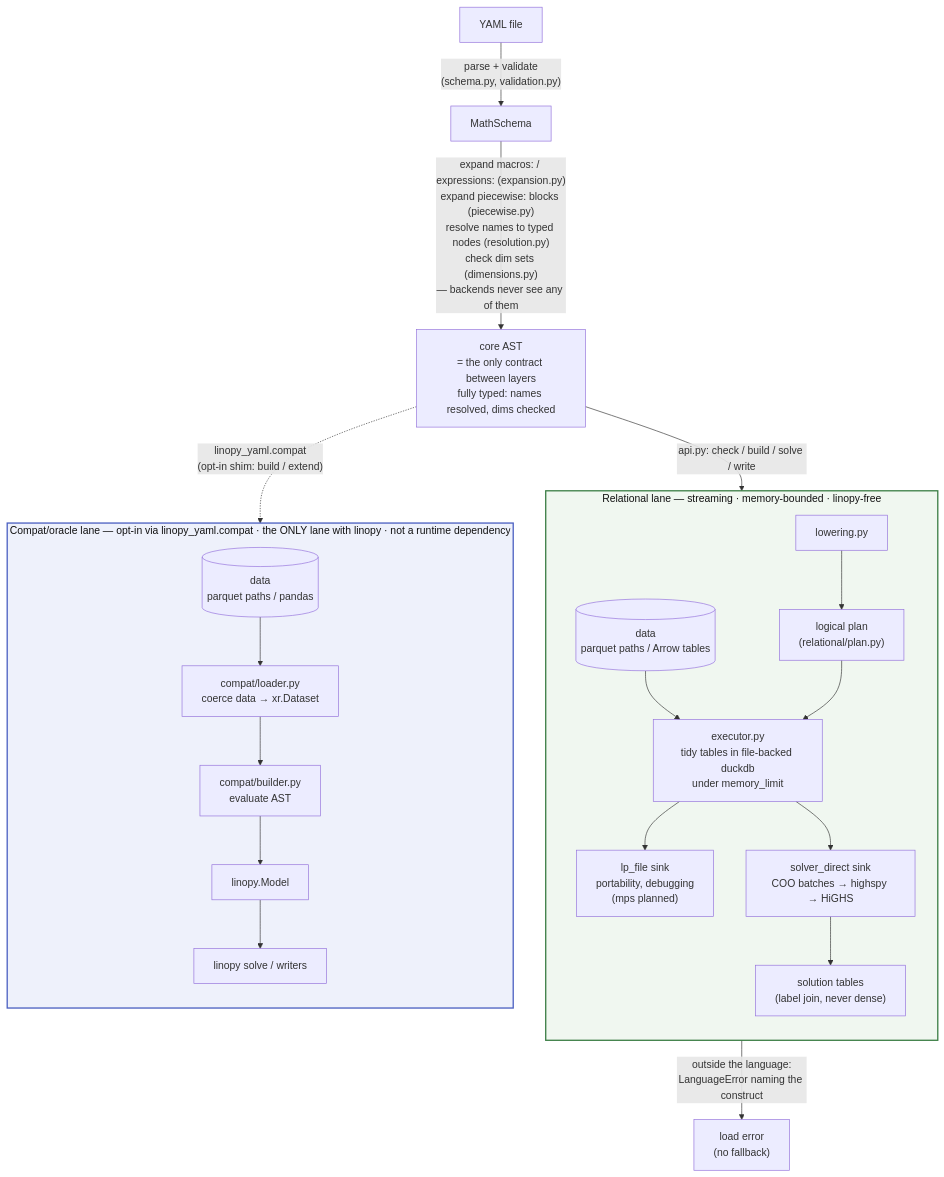
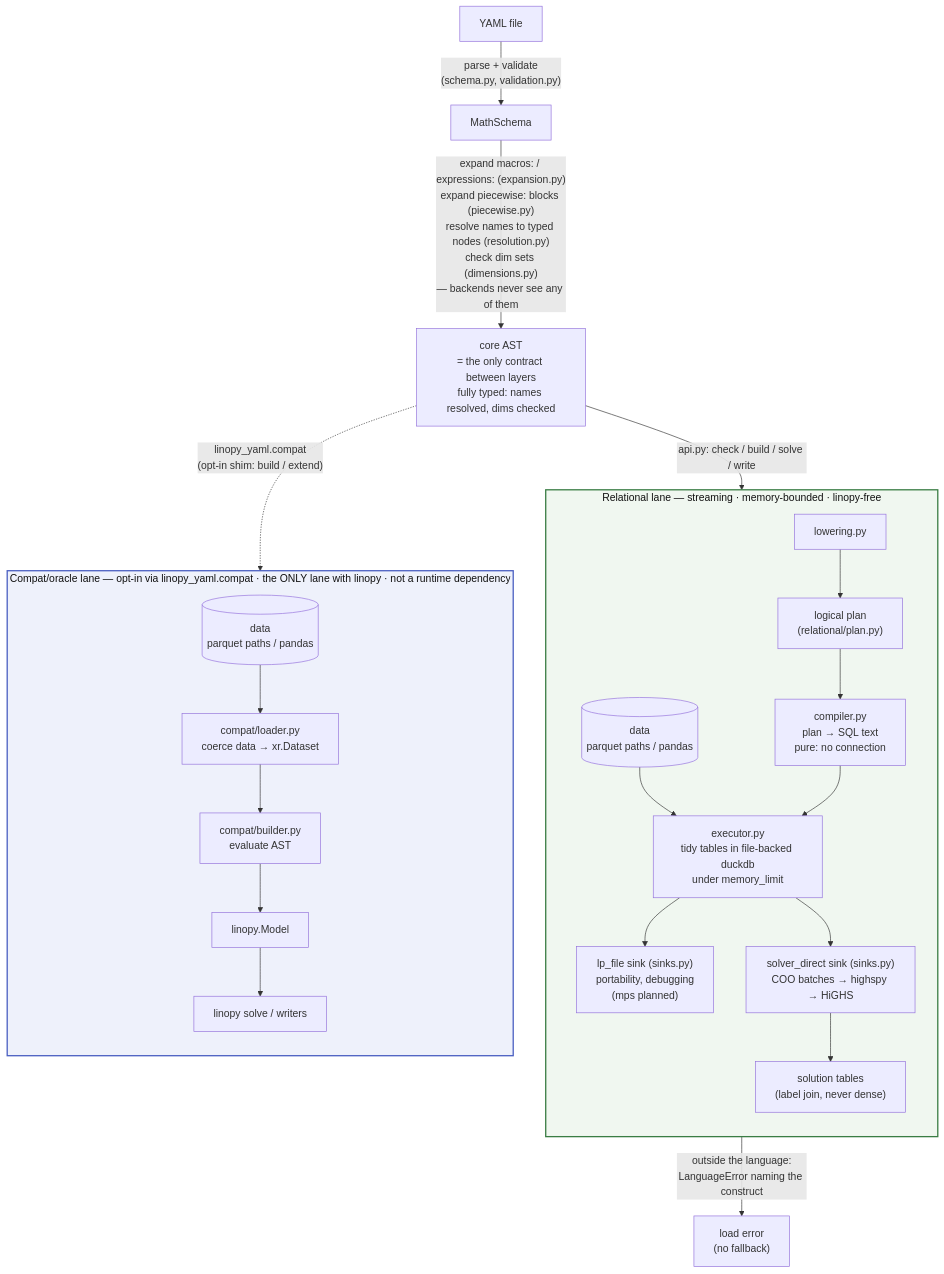
The diagram in ARCHITECTURE.md (FBumann/farkas), drawn with Mermaid before and after one commit. The commit also changed other lines of this file and 9 other files, not shown here.

````diff
--- a/ARCHITECTURE.md
+++ b/ARCHITECTURE.md
@@ -23,30 +23,31 @@
 ```mermaid
 flowchart TB
     Y[YAML file] -->|"parse + validate<br/>(schema.py, validation.py)"| MS[MathSchema]
     MS -->|"expand macros: / expressions: (expansion.py)<br/>expand piecewise: blocks (piecewise.py)<br/>resolve names to typed nodes (resolution.py)<br/>check dim sets (dimensions.py)<br/>— backends never see any of them"| AST["core AST<br/>= the only contract between layers<br/>fully typed: names resolved, dims checked"]
     AST -->|"api.py: check / build / solve / write"| LOWER
     AST -.->|"linopy_yaml.compat<br/>(opt-in shim: build / extend)"| BUILD
     LOWER -->|"outside the language:<br/>LanguageError naming the construct"| ERR["load error<br/>(no fallback)"]
 
     subgraph REL["Relational lane — streaming · memory-bounded · linopy-free"]
         direction TB
         LOWER["lowering.py"] --> PLAN["logical plan<br/>(relational/plan.py)"]
-        DR[("data<br/>parquet paths / Arrow tables")] --> EXEC
-        PLAN --> EXEC["executor.py<br/>tidy tables in file-backed duckdb<br/>under memory_limit"]
-        EXEC --> LPS["lp_file sink<br/>portability, debugging<br/>(mps planned)"]
-        EXEC --> DIRECT["solver_direct sink<br/>COO batches → highspy → HiGHS"]
+        PLAN --> COMP["compiler.py<br/>plan → SQL text<br/>pure: no connection"]
+        DR[("data<br/>parquet paths / pandas")] --> EXEC
+        COMP --> EXEC["executor.py<br/>tidy tables in file-backed duckdb<br/>under memory_limit"]
+        EXEC --> LPS["lp_file sink (sinks.py)<br/>portability, debugging<br/>(mps planned)"]
+        EXEC --> DIRECT["solver_direct sink (sinks.py)<br/>COO batches → highspy → HiGHS"]
         DIRECT --> SOL["solution tables<br/>(label join, never dense)"]
     end
 
     subgraph EAGER["Compat/oracle lane — opt-in via linopy_yaml.compat · the ONLY lane with linopy · not a runtime dependency"]
         direction TB
         DE[("data<br/>parquet paths / pandas")] --> LOAD["compat/loader.py<br/>coerce data → xr.Dataset"]
         LOAD --> BUILD["compat/builder.py<br/>evaluate AST"]
         BUILD --> MODEL[linopy.Model] --> SOLVE["linopy solve / writers"]
     end
 
     classDef laneR fill:#f0f7f0,stroke:#3a7d44,stroke-width:2px,color:#111
     classDef laneE fill:#eef1fb,stroke:#4a5fc1,stroke-width:2px,color:#111
     class REL laneR
     class EAGER laneE
 ```
````
